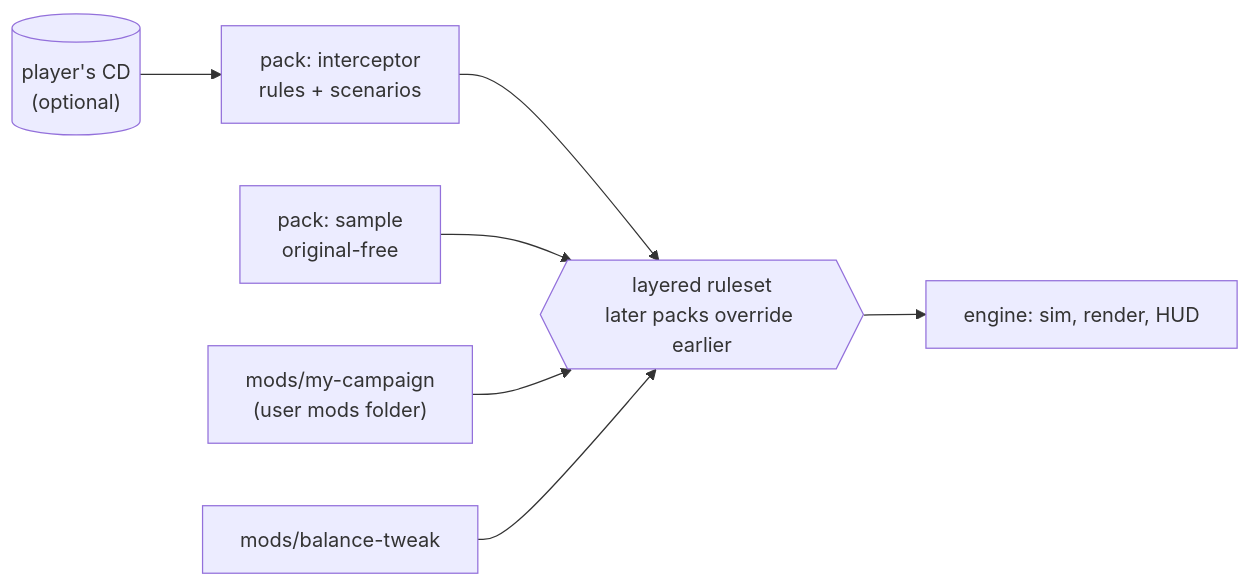
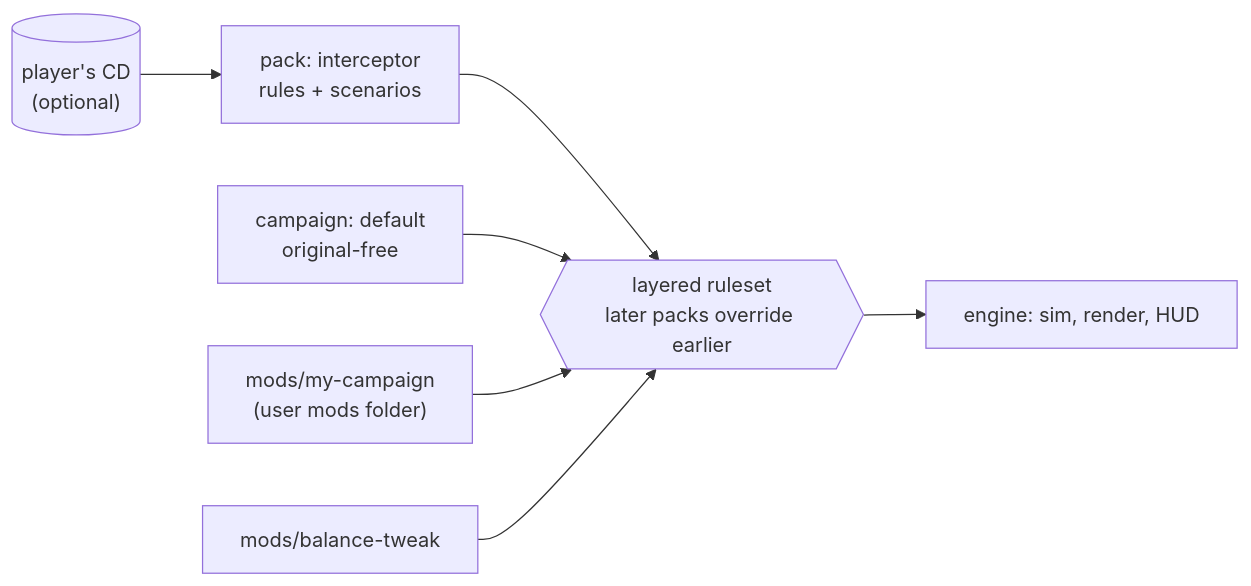
The diagram in docs/modding/index.md (bbogovich/OpenInterceptor), drawn with Mermaid before and after one commit. The commit also changed other lines of this file and 36 other files, not shown here.

Commit message:
Site 0.5.0: Stage 2 part 1 (systems, power, controls menu, campaigns, default campaign)

````diff
--- a/docs/modding/index.md
+++ b/docs/modding/index.md
@@ -12,12 +12,12 @@
 ```mermaid
 flowchart LR
     CD[("player's CD<br/>(optional)")] --> I["pack: interceptor<br/>rules + scenarios"]
-    S["pack: sample<br/>original-free"]
+    S["campaign: default<br/>original-free"]
     M1["mods/my-campaign<br/>(user mods folder)"]
     M2["mods/balance-tweak"]
     I --> L{{"layered ruleset<br/>later packs override earlier"}}
     S --> L
     M1 --> L
     M2 --> L
     L --> E["engine: sim, render, HUD"]
 ```
````
